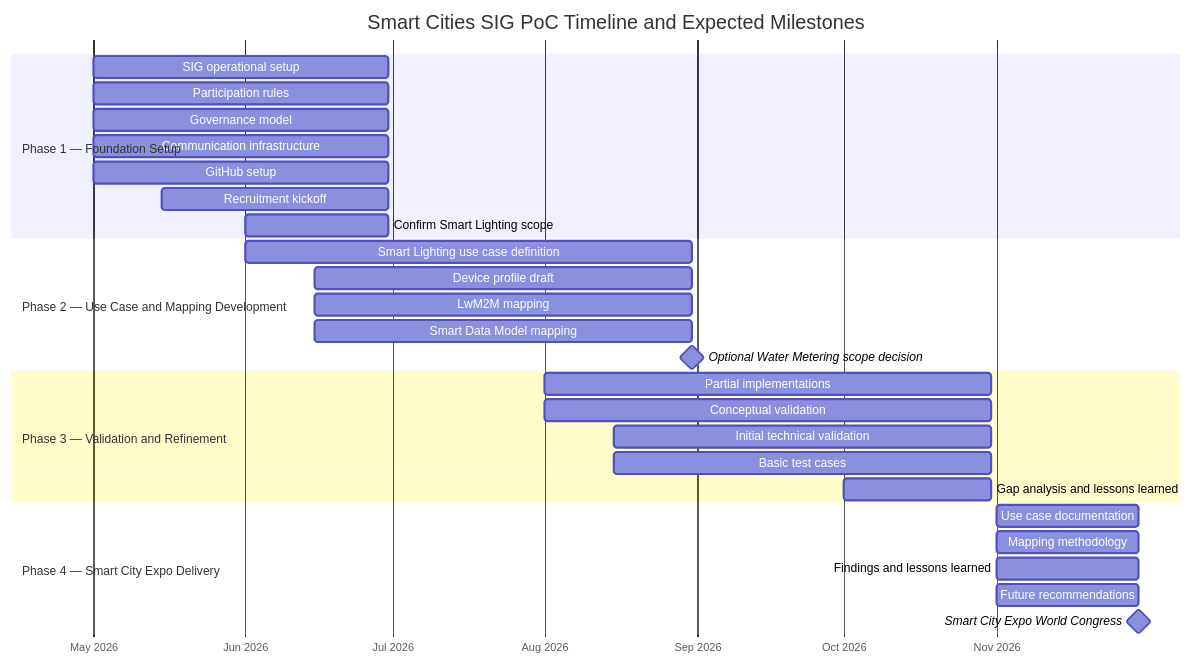
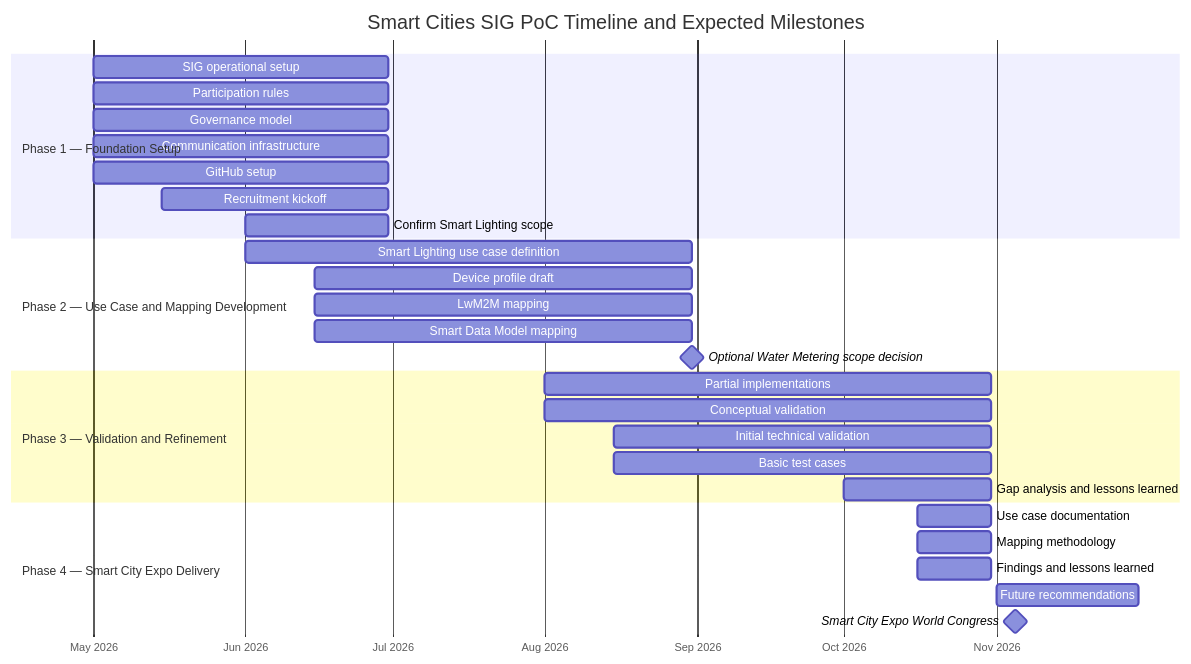
The diagram in program/roadmap/release-planning.md (smartcities-sig/smartcities-sig), drawn with Mermaid before and after one commit.

Commit message:
Adjust dates for Phase 4 deliverables
These changes reflect the need to finalize the work by the end of October

````diff
--- a/program/roadmap/release-planning.md
+++ b/program/roadmap/release-planning.md
@@ -20,37 +20,37 @@
 ```mermaid
 gantt
     title Smart Cities SIG PoC Timeline and Expected Milestones
     dateFormat  YYYY-MM-DD
     axisFormat  %b %Y
 
     section Phase 1 — Foundation Setup
     SIG operational setup                    :p1a, 2026-05-01, 2026-06-30
     Participation rules                       :p1b, 2026-05-01, 2026-06-30
     Governance model                         :p1c, 2026-05-01, 2026-06-30
     Communication infrastructure             :p1d, 2026-05-01, 2026-06-30
     GitHub setup                             :p1e, 2026-05-01, 2026-06-30
     Recruitment kickoff                      :p1f, 2026-05-15, 2026-06-30
     Confirm Smart Lighting scope             :p1g, 2026-06-01, 2026-06-30
 
     section Phase 2 — Use Case and Mapping Development
     Smart Lighting use case definition       :p2a, 2026-06-01, 2026-08-31
     Device profile draft                     :p2b, 2026-06-15, 2026-08-31
     LwM2M mapping                            :p2c, 2026-06-15, 2026-08-31
     Smart Data Model mapping                 :p2d, 2026-06-15, 2026-08-31
     Optional Water Metering scope decision   :milestone, p2e, 2026-08-31, 0d
 
     section Phase 3 — Validation and Refinement
     Partial implementations                  :p3a, 2026-08-01, 2026-10-31
     Conceptual validation                    :p3b, 2026-08-01, 2026-10-31
     Initial technical validation             :p3c, 2026-08-15, 2026-10-31
     Basic test cases                         :p3d, 2026-08-15, 2026-10-31
     Gap analysis and lessons learned         :p3e, 2026-10-01, 2026-10-31
 
     section Phase 4 — Smart City Expo Delivery
-    Use case documentation                   :p4a, 2026-11-01, 2026-11-30
-    Mapping methodology                      :p4b, 2026-11-01, 2026-11-30
-    Findings and lessons learned             :p4c, 2026-11-01, 2026-11-30
+    Use case documentation                   :p4a, 2026-10-16, 2026-10-31
+    Mapping methodology                      :p4b, 2026-10-16, 2026-10-31
+    Findings and lessons learned             :p4c, 2026-10-16, 2026-10-31
 
     Future recommendations                   :p4d, 2026-11-01, 2026-11-30
-    Smart City Expo World Congress           :milestone, p4e, 2026-11-30, 0d
+    Smart City Expo World Congress           :milestone, p4e, 2026-11-05, 0d
 ```
````
